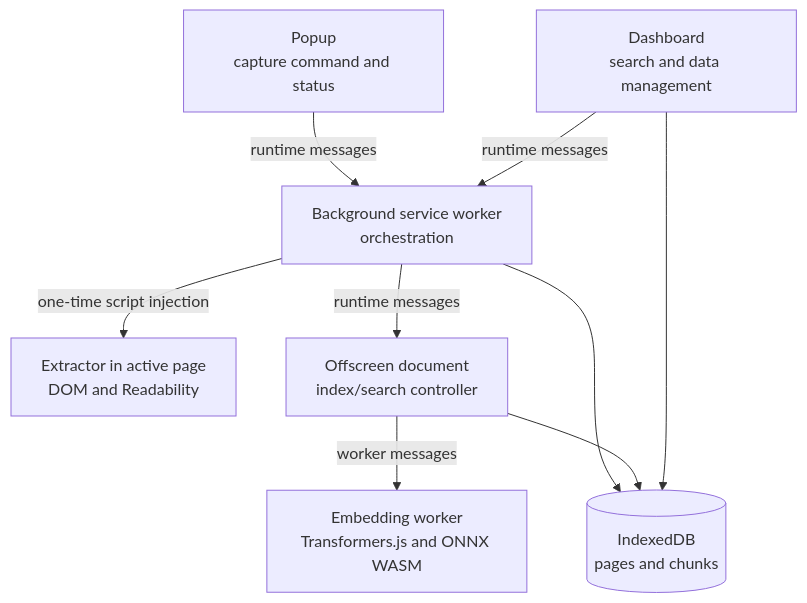
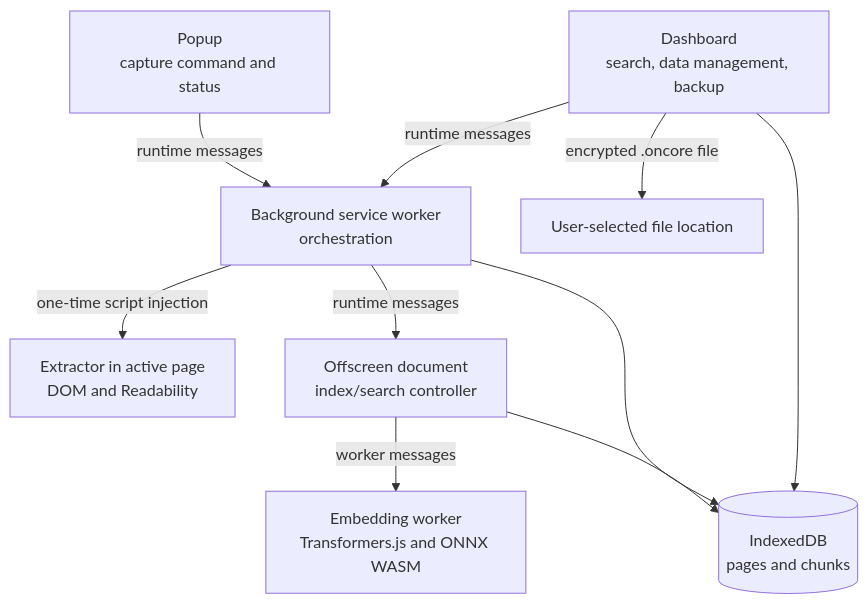
Before and after one commit to Md-Hamzah-Omair/on-core: the first of 4 diagrams in ARCHITECTURE.md, drawn with Mermaid. The commit also changed other lines of this file and 34 other files, not shown here.

````diff
--- a/ARCHITECTURE.md
+++ b/ARCHITECTURE.md
@@ -9,11 +9,12 @@
 ```mermaid
 flowchart TB
   P[Popup<br/>capture command and status] -->|runtime messages| B[Background service worker<br/>orchestration]
   B -->|one-time script injection| X[Extractor in active page<br/>DOM and Readability]
   B -->|runtime messages| O[Offscreen document<br/>index/search controller]
   O -->|worker messages| W[Embedding worker<br/>Transformers.js and ONNX WASM]
   B --> D[(IndexedDB<br/>pages and chunks)]
   O --> D
-  A[Dashboard<br/>search and data management] --> D
+  A[Dashboard<br/>search, data management, backup] --> D
+  A -->|encrypted .oncore file| F[User-selected file location]
   A -->|runtime messages| B
 ```
````
